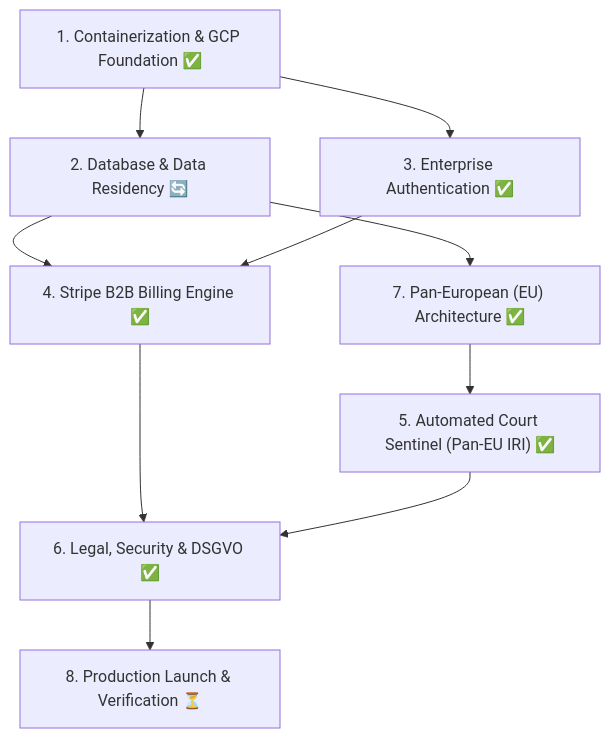
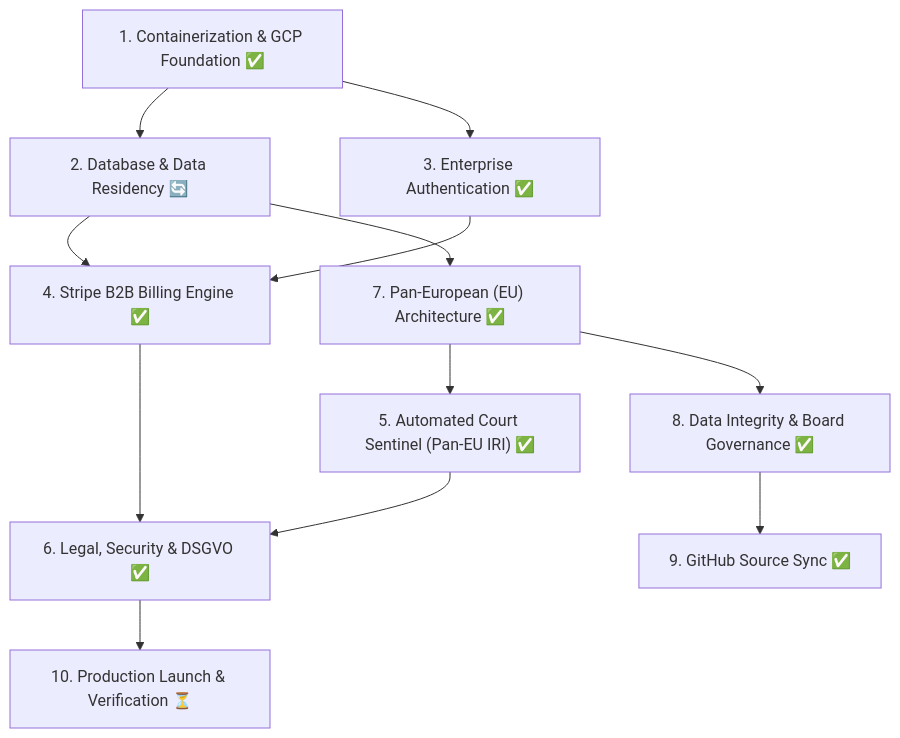
Before and after one commit to sukratkaushik/solven: the diagram in docs/production_enterprise_tracker.md, drawn with Mermaid. The commit also changed other lines of this file, not shown here.

Commit message:
docs: update production enterprise master tracker with board governance and github sync status

````diff
--- a/docs/production_enterprise_tracker.md
+++ b/docs/production_enterprise_tracker.md
@@ -25,12 +29,14 @@
 ```mermaid
 flowchart TD
     W1["1. Containerization & GCP Foundation ✅"] --> W2["2. Database & Data Residency 🔄"]
     W1 --> W3["3. Enterprise Authentication ✅"]
     W2 --> W4["4. Stripe B2B Billing Engine ✅"]
     W3 --> W4
     W2 --> W7["7. Pan-European (EU) Architecture ✅"]
     W7 --> W5["5. Automated Court Sentinel (Pan-EU IRI) ✅"]
+    W7 --> W8_DATA["8. Data Integrity & Board Governance ✅"]
+    W8_DATA --> W9["9. GitHub Source Sync ✅"]
     W4 --> W6["6. Legal, Security & DSGVO ✅"]
     W5 --> W6
-    W6 --> W8["8. Production Launch & Verification ⏳"]
+    W6 --> W10["10. Production Launch & Verification ⏳"]
 ```
````
